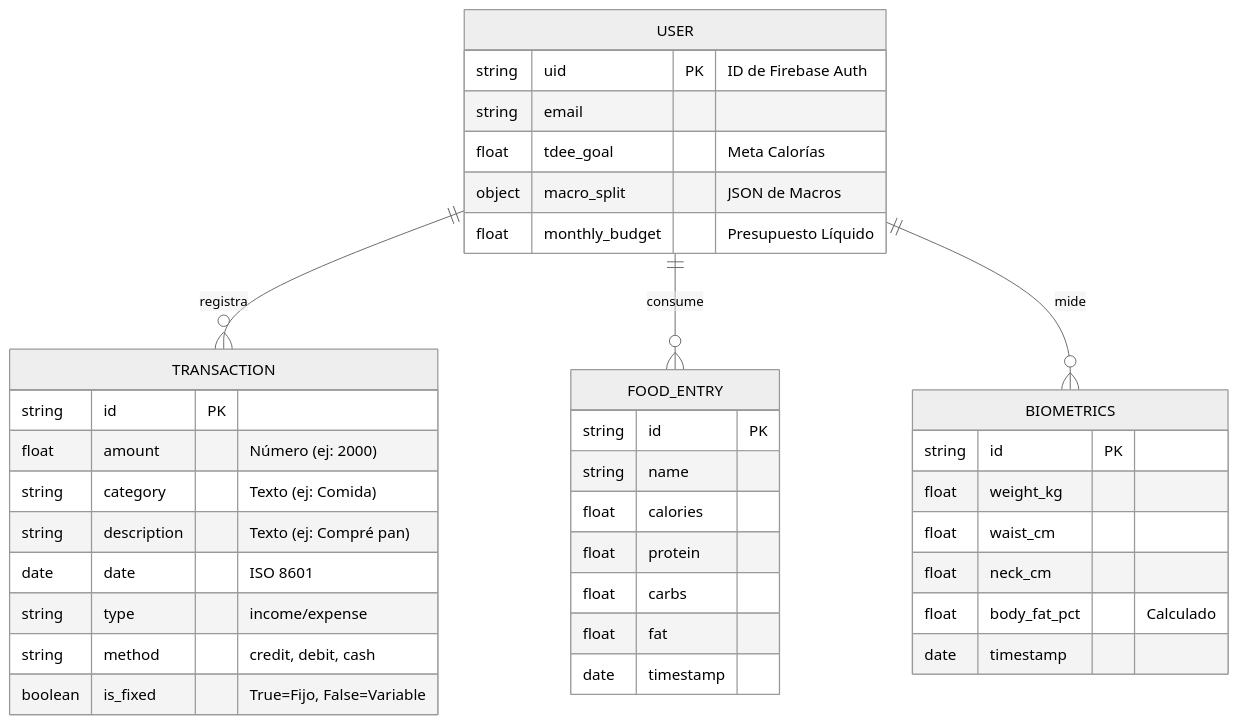
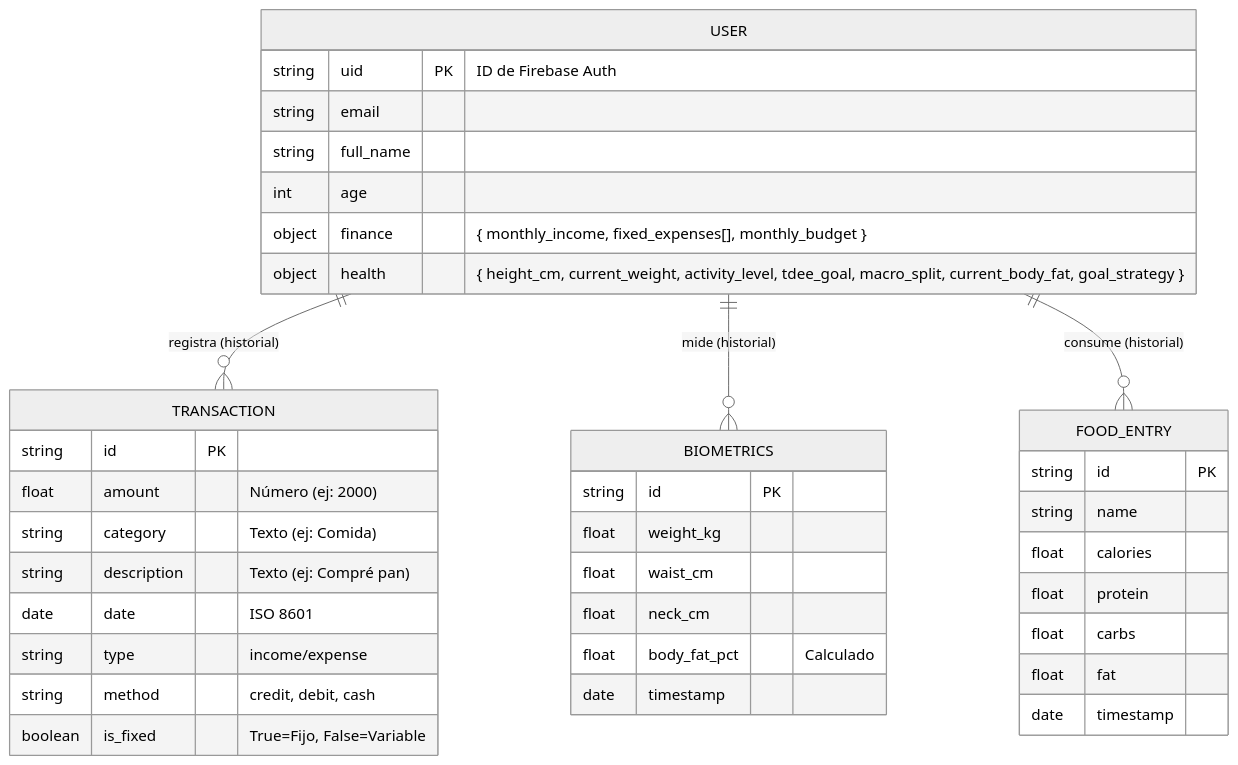
Before and after one commit to joseveas/forge-vault: the diagram in docs/DB_SCHEMA.md, drawn with Mermaid (neutral theme). The commit also changed 6 other files, not shown here.

Commit message:
Corrección de schemas y creación de repositorios y servicios (en progreso)

````diff
--- a/docs/DB_SCHEMA.md
+++ b/docs/DB_SCHEMA.md
@@ -3,44 +3,53 @@
 ```mermaid
 erDiagram
-    USER ||--o{ TRANSACTION : "registra"
-    USER ||--o{ FOOD_ENTRY : "consume"
-    USER ||--o{ BIOMETRICS : "mide"
+    %% RELACIONES
+    USER ||--o{ TRANSACTION : "registra (historial)"
+    USER ||--o{ BIOMETRICS : "mide (historial)"
+    USER ||--o{ FOOD_ENTRY : "consume (historial)"
     
+    %% ENTIDAD PRINCIPAL (Documento Firestore)
     USER {
         string uid PK "ID de Firebase Auth"
         string email
-        float tdee_goal "Meta Calorías"
-        object macro_split "JSON de Macros"
-        float monthly_budget "Presupuesto Líquido"
+        string full_name
+        int age
+        
+        %% CARPETA FINANZAS (Configuración Actual)
+        object finance "{ monthly_income, fixed_expenses[], monthly_budget }"
+        
+        %% CARPETA SALUD (Estado Actual)
+        object health "{ height_cm, current_weight, activity_level, tdee_goal, macro_split, current_body_fat, goal_strategy }"
     }
+
+    %% COLECCIONES HISTÓRICAS (Logs)
 
     TRANSACTION {
         string id PK
         float amount "Número (ej: 2000)"
         string category "Texto (ej: Comida)"
         string description "Texto (ej: Compré pan)"
         date date "ISO 8601"
         string type "income/expense"
         string method "credit, debit, cash"
         boolean is_fixed "True=Fijo, False=Variable"
     }
 
     FOOD_ENTRY {
         string id PK
         string name
         float calories
         float protein
         float carbs
         float fat
         date timestamp
     }
 
     BIOMETRICS {
         string id PK
         float weight_kg
         float waist_cm
         float neck_cm
         float body_fat_pct "Calculado"
         date timestamp
     }
 ```
````
